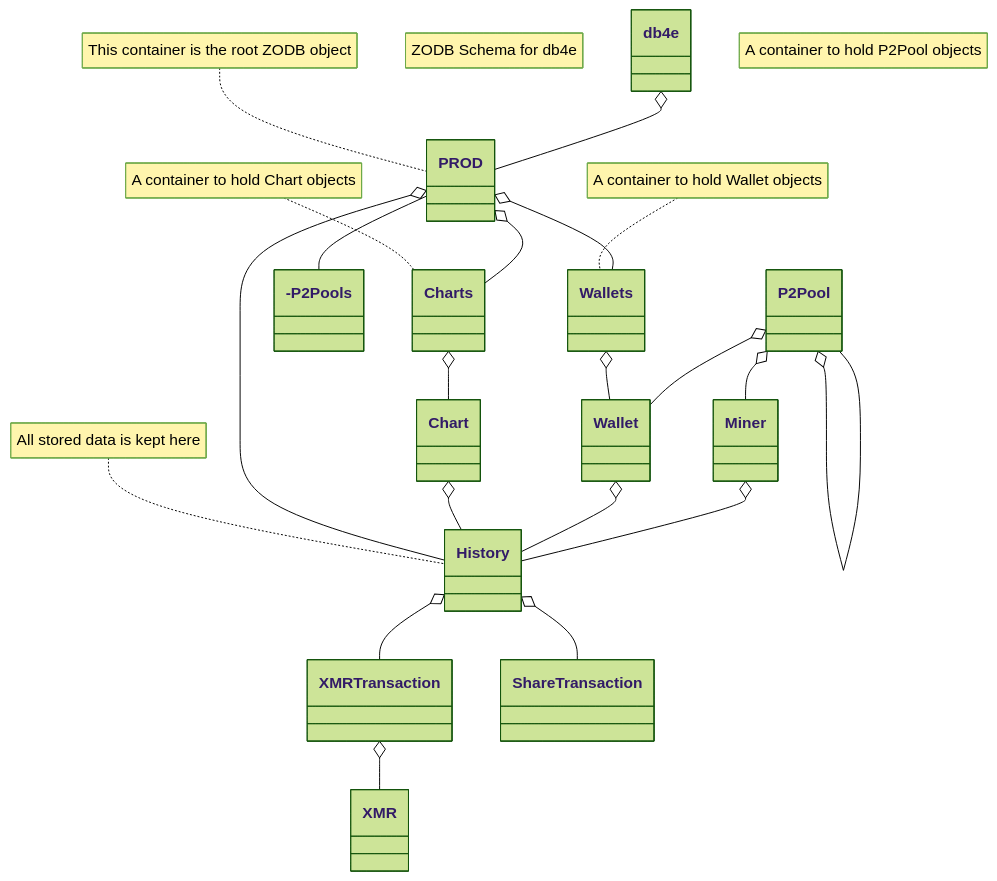
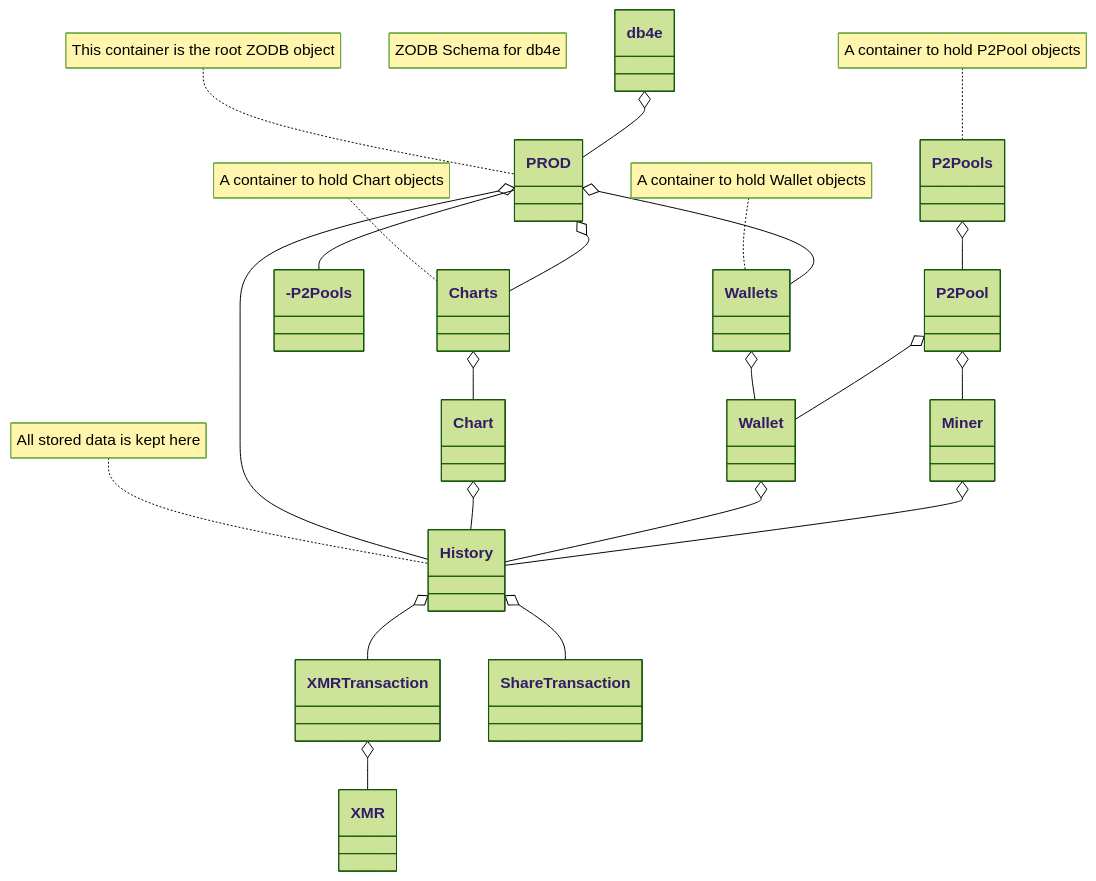
The diagram in _posts/2024-06-05-ZODB-Schema.md (NadimGhaznavi/myzodb), drawn with Mermaid (forest theme) before and after one commit.

```diff
--- a/_posts/2024-06-05-ZODB-Schema.md
+++ b/_posts/2024-06-05-ZODB-Schema.md
@@ -11,25 +11,25 @@
 <pre class="mermaid">
   classDiagram
     note "ZODB Schema for db4e"
     db4e o-- PROD
     note for PROD "This container is the root ZODB object"
     PROD o-- Wallets
     note for Wallets "A container to hold Wallet objects"
     Wallets o-- Wallet
     PROD --- P2Pools
     note for P2Pools "A container to hold P2Pool objects"
-    P2Pool o-- P2Pool
+    P2Pools o-- P2Pool
     PROD o-- History
     note for History "All stored data is kept here"
     PROD o-- Charts
     note for Charts "A container to hold Chart objects"
     Charts o-- Chart
     Chart o-- History
     P2Pool o-- Miner
     P2Pool o-- Wallet
     Wallet o-- History
     Miner o-- History
     History o-- XMRTransaction
     History o-- ShareTransaction
     XMRTransaction o-- XMR
 </pre>
```
